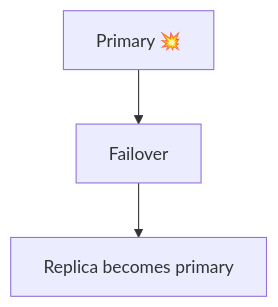
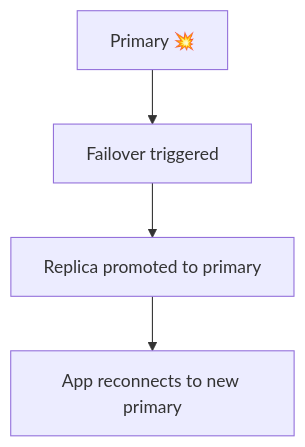
The fifth of 29 diagrams in files/08-edge-cases/Tier-1-Production-Failures.md (pankajThakur1874/studysheet), drawn with Mermaid before and after one commit. The commit also changed other lines of this file and 5 other files, not shown here.

````diff
--- a/files/08-edge-cases/Tier-1-Production-Failures.md
+++ b/files/08-edge-cases/Tier-1-Production-Failures.md
@@ -184,5 +228,6 @@
 ```mermaid
 flowchart TD
-    A["Primary 💥"] --> B["Failover"]
-    B --> C["Replica becomes primary"]
+    A["Primary 💥"] --> B["Failover triggered"]
+    B --> C["Replica promoted to primary"]
+    C --> D["App reconnects to new primary"]
 ```
````
